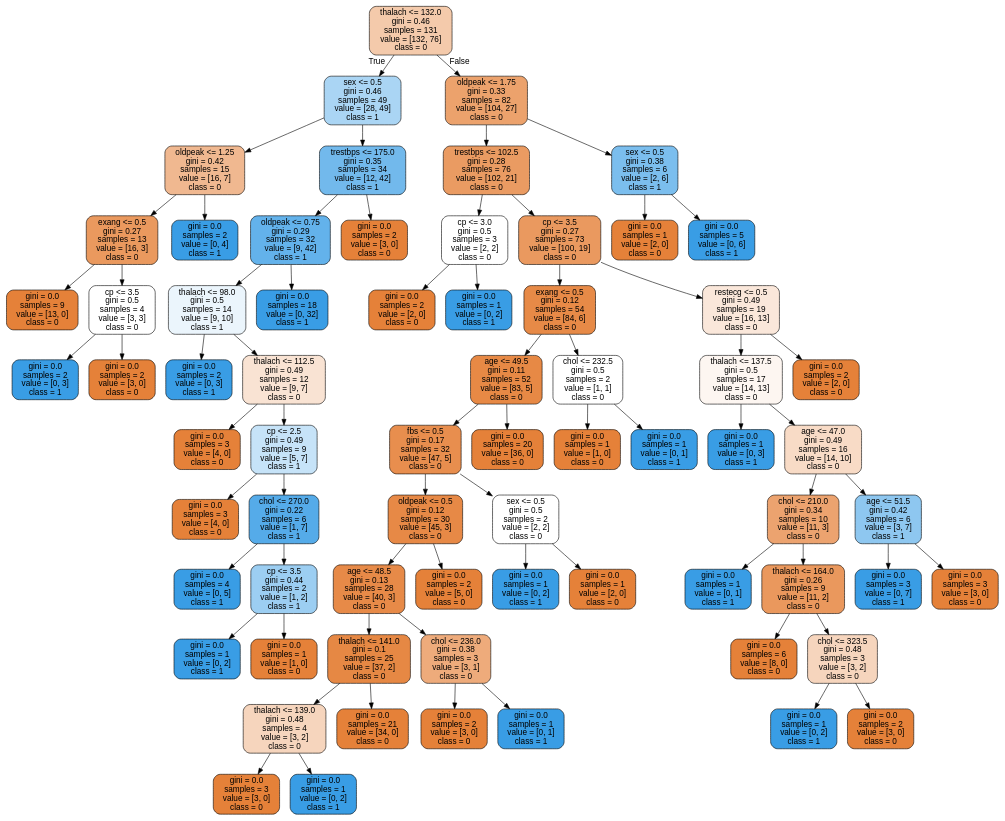
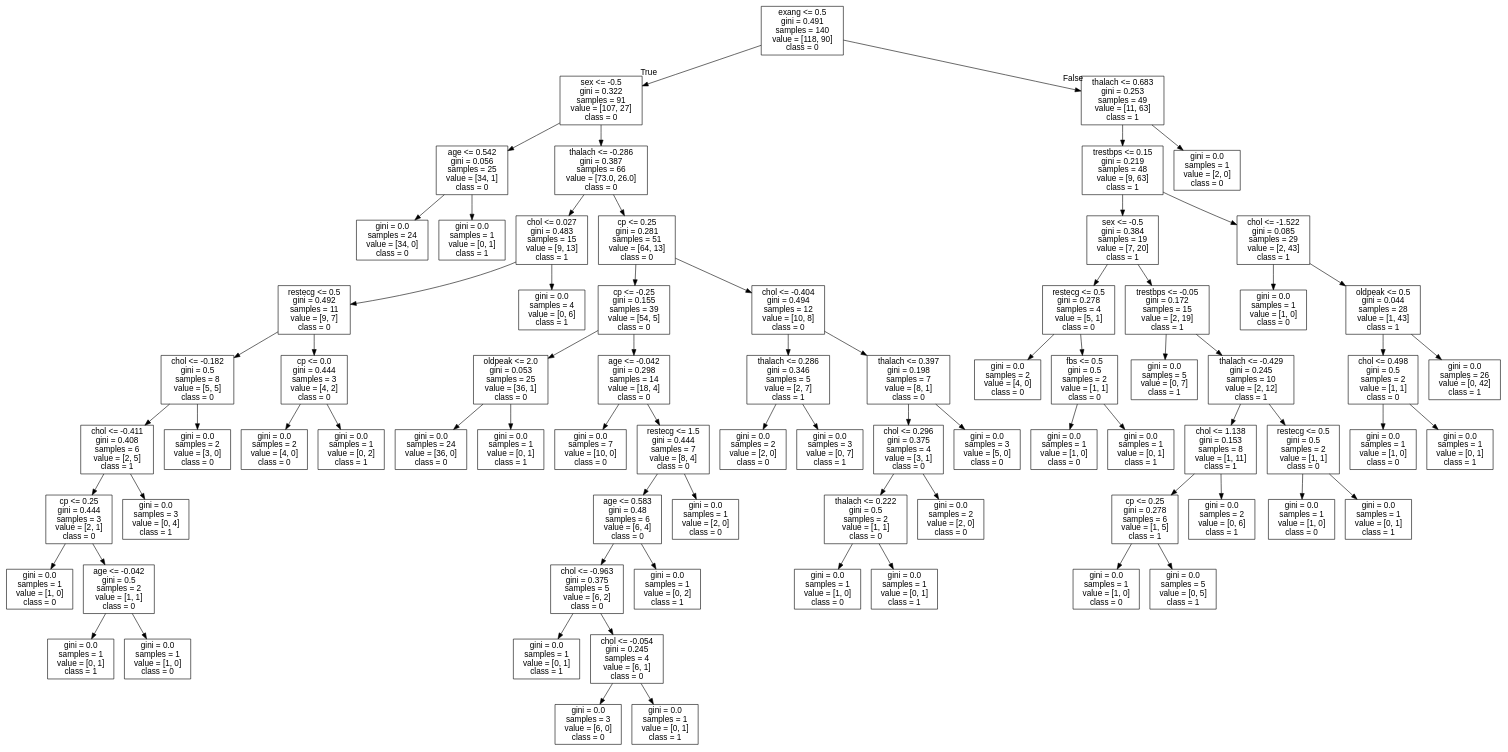
One commit to cyrilvincent/datascience changed the diagram in data/heartdisease/tree.dot. Above: the diagram before and after it, drawn with Graphviz. The commit also changed 3 other files, not shown here.

```diff
--- a/data/heartdisease/tree.dot
+++ b/data/heartdisease/tree.dot
@@ -1,141 +1,153 @@
 digraph Tree {
-node [shape=box, style="filled, rounded", color="black", fontname=helvetica] ;
-edge [fontname=helvetica] ;
-0 [label="thalach <= 132.0\ngini = 0.46\nsamples = 131\nvalue = [132, 76]\nclass = 0", fillcolor="#f4caab"] ;
-1 [label="sex <= 0.5\ngini = 0.46\nsamples = 49\nvalue = [28, 49]\nclass = 1", fillcolor="#aad5f4"] ;
+node [shape=box, fontname="helvetica"] ;
+edge [fontname="helvetica"] ;
+0 [label="exang <= 0.5\ngini = 0.491\nsamples = 140\nvalue = [118, 90]\nclass = 0"] ;
+1 [label="sex <= -0.5\ngini = 0.322\nsamples = 91\nvalue = [107, 27]\nclass = 0"] ;
 0 -> 1 [labeldistance=2.5, labelangle=45, headlabel="True"] ;
-2 [label="oldpeak <= 1.25\ngini = 0.42\nsamples = 15\nvalue = [16, 7]\nclass = 0", fillcolor="#f0b890"] ;
+2 [label="age <= 0.542\ngini = 0.056\nsamples = 25\nvalue = [34, 1]\nclass = 0"] ;
 1 -> 2 ;
-3 [label="exang <= 0.5\ngini = 0.27\nsamples = 13\nvalue = [16, 3]\nclass = 0", fillcolor="#ea995e"] ;
+3 [label="gini = 0.0\nsamples = 24\nvalue = [34, 0]\nclass = 0"] ;
 2 -> 3 ;
-4 [label="gini = 0.0\nsamples = 9\nvalue = [13, 0]\nclass = 0", fillcolor="#e58139"] ;
-3 -> 4 ;
-5 [label="cp <= 3.5\ngini = 0.5\nsamples = 4\nvalue = [3, 3]\nclass = 0", fillcolor="#ffffff"] ;
-3 -> 5 ;
-6 [label="gini = 0.0\nsamples = 2\nvalue = [0, 3]\nclass = 1", fillcolor="#399de5"] ;
+4 [label="gini = 0.0\nsamples = 1\nvalue = [0, 1]\nclass = 1"] ;
+2 -> 4 ;
+5 [label="thalach <= -0.286\ngini = 0.387\nsamples = 66\nvalue = [73.0, 26.0]\nclass = 0"] ;
+1 -> 5 ;
+6 [label="chol <= 0.027\ngini = 0.483\nsamples = 15\nvalue = [9, 13]\nclass = 1"] ;
 5 -> 6 ;
-7 [label="gini = 0.0\nsamples = 2\nvalue = [3, 0]\nclass = 0", fillcolor="#e58139"] ;
-5 -> 7 ;
-8 [label="gini = 0.0\nsamples = 2\nvalue = [0, 4]\nclass = 1", fillcolor="#399de5"] ;
-2 -> 8 ;
-9 [label="trestbps <= 175.0\ngini = 0.35\nsamples = 34\nvalue = [12, 42]\nclass = 1", fillcolor="#72b9ec"] ;
-1 -> 9 ;
-10 [label="oldpeak <= 0.75\ngini = 0.29\nsamples = 32\nvalue = [9, 42]\nclass = 1", fillcolor="#63b2eb"] ;
+7 [label="restecg <= 0.5\ngini = 0.492\nsamples = 11\nvalue = [9, 7]\nclass = 0"] ;
+6 -> 7 ;
+8 [label="chol <= -0.182\ngini = 0.5\nsamples = 8\nvalue = [5, 5]\nclass = 0"] ;
+7 -> 8 ;
+9 [label="chol <= -0.411\ngini = 0.408\nsamples = 6\nvalue = [2, 5]\nclass = 1"] ;
+8 -> 9 ;
+10 [label="cp <= 0.25\ngini = 0.444\nsamples = 3\nvalue = [2, 1]\nclass = 0"] ;
 9 -> 10 ;
-11 [label="thalach <= 98.0\ngini = 0.5\nsamples = 14\nvalue = [9, 10]\nclass = 1", fillcolor="#ebf5fc"] ;
+11 [label="gini = 0.0\nsamples = 1\nvalue = [1, 0]\nclass = 0"] ;
 10 -> 11 ;
-12 [label="gini = 0.0\nsamples = 2\nvalue = [0, 3]\nclass = 1", fillcolor="#399de5"] ;
-11 -> 12 ;
-13 [label="thalach <= 112.5\ngini = 0.49\nsamples = 12\nvalue = [9, 7]\nclass = 0", fillcolor="#f9e3d3"] ;
-11 -> 13 ;
-14 [label="gini = 0.0\nsamples = 3\nvalue = [4, 0]\nclass = 0", fillcolor="#e58139"] ;
-13 -> 14 ;
-15 [label="cp <= 2.5\ngini = 0.49\nsamples = 9\nvalue = [5, 7]\nclass = 1", fillcolor="#c6e3f8"] ;
-13 -> 15 ;
-16 [label="gini = 0.0\nsamples = 3\nvalue = [4, 0]\nclass = 0", fillcolor="#e58139"] ;
-15 -> 16 ;
-17 [label="chol <= 270.0\ngini = 0.22\nsamples = 6\nvalue = [1, 7]\nclass = 1", fillcolor="#55abe9"] ;
-15 -> 17 ;
-18 [label="gini = 0.0\nsamples = 4\nvalue = [0, 5]\nclass = 1", fillcolor="#399de5"] ;
+12 [label="age <= -0.042\ngini = 0.5\nsamples = 2\nvalue = [1, 1]\nclass = 0"] ;
+10 -> 12 ;
+13 [label="gini = 0.0\nsamples = 1\nvalue = [0, 1]\nclass = 1"] ;
+12 -> 13 ;
+14 [label="gini = 0.0\nsamples = 1\nvalue = [1, 0]\nclass = 0"] ;
+12 -> 14 ;
+15 [label="gini = 0.0\nsamples = 3\nvalue = [0, 4]\nclass = 1"] ;
+9 -> 15 ;
+16 [label="gini = 0.0\nsamples = 2\nvalue = [3, 0]\nclass = 0"] ;
+8 -> 16 ;
+17 [label="cp <= 0.0\ngini = 0.444\nsamples = 3\nvalue = [4, 2]\nclass = 0"] ;
+7 -> 17 ;
+18 [label="gini = 0.0\nsamples = 2\nvalue = [4, 0]\nclass = 0"] ;
 17 -> 18 ;
-19 [label="cp <= 3.5\ngini = 0.44\nsamples = 2\nvalue = [1, 2]\nclass = 1", fillcolor="#9ccef2"] ;
+19 [label="gini = 0.0\nsamples = 1\nvalue = [0, 2]\nclass = 1"] ;
 17 -> 19 ;
-20 [label="gini = 0.0\nsamples = 1\nvalue = [0, 2]\nclass = 1", fillcolor="#399de5"] ;
-19 -> 20 ;
-21 [label="gini = 0.0\nsamples = 1\nvalue = [1, 0]\nclass = 0", fillcolor="#e58139"] ;
-19 -> 21 ;
-22 [label="gini = 0.0\nsamples = 18\nvalue = [0, 32]\nclass = 1", fillcolor="#399de5"] ;
-10 -> 22 ;
-23 [label="gini = 0.0\nsamples = 2\nvalue = [3, 0]\nclass = 0", fillcolor="#e58139"] ;
-9 -> 23 ;
-24 [label="oldpeak <= 1.75\ngini = 0.33\nsamples = 82\nvalue = [104, 27]\nclass = 0", fillcolor="#eca26c"] ;
-0 -> 24 [labeldistance=2.5, labelangle=-45, headlabel="False"] ;
-25 [label="trestbps <= 102.5\ngini = 0.28\nsamples = 76\nvalue = [102, 21]\nclass = 0", fillcolor="#ea9b62"] ;
-24 -> 25 ;
-26 [label="cp <= 3.0\ngini = 0.5\nsamples = 3\nvalue = [2, 2]\nclass = 0", fillcolor="#ffffff"] ;
-25 -> 26 ;
-27 [label="gini = 0.0\nsamples = 2\nvalue = [2, 0]\nclass = 0", fillcolor="#e58139"] ;
+20 [label="gini = 0.0\nsamples = 4\nvalue = [0, 6]\nclass = 1"] ;
+6 -> 20 ;
+21 [label="cp <= 0.25\ngini = 0.281\nsamples = 51\nvalue = [64, 13]\nclass = 0"] ;
+5 -> 21 ;
+22 [label="cp <= -0.25\ngini = 0.155\nsamples = 39\nvalue = [54, 5]\nclass = 0"] ;
+21 -> 22 ;
+23 [label="oldpeak <= 2.0\ngini = 0.053\nsamples = 25\nvalue = [36, 1]\nclass = 0"] ;
+22 -> 23 ;
+24 [label="gini = 0.0\nsamples = 24\nvalue = [36, 0]\nclass = 0"] ;
+23 -> 24 ;
+25 [label="gini = 0.0\nsamples = 1\nvalue = [0, 1]\nclass = 1"] ;
+23 -> 25 ;
+26 [label="age <= -0.042\ngini = 0.298\nsamples = 14\nvalue = [18, 4]\nclass = 0"] ;
+22 -> 26 ;
+27 [label="gini = 0.0\nsamples = 7\nvalue = [10, 0]\nclass = 0"] ;
 26 -> 27 ;
-28 [label="gini = 0.0\nsamples = 1\nvalue = [0, 2]\nclass = 1", fillcolor="#399de5"] ;
+28 [label="restecg <= 1.5\ngini = 0.444\nsamples = 7\nvalue = [8, 4]\nclass = 0"] ;
 26 -> 28 ;
-29 [label="cp <= 3.5\ngini = 0.27\nsamples = 73\nvalue = [100, 19]\nclass = 0", fillcolor="#ea995f"] ;
-25 -> 29 ;
-30 [label="exang <= 0.5\ngini = 0.12\nsamples = 54\nvalue = [84, 6]\nclass = 0", fillcolor="#e78a47"] ;
+29 [label="age <= 0.583\ngini = 0.48\nsamples = 6\nvalue = [6, 4]\nclass = 0"] ;
+28 -> 29 ;
+30 [label="chol <= -0.963\ngini = 0.375\nsamples = 5\nvalue = [6, 2]\nclass = 0"] ;
 29 -> 30 ;
-31 [label="age <= 49.5\ngini = 0.11\nsamples = 52\nvalue = [83, 5]\nclass = 0", fillcolor="#e78945"] ;
+31 [label="gini = 0.0\nsamples = 1\nvalue = [0, 1]\nclass = 1"] ;
 30 -> 31 ;
-32 [label="fbs <= 0.5\ngini = 0.17\nsamples = 32\nvalue = [47, 5]\nclass = 0", fillcolor="#e88e4e"] ;
-31 -> 32 ;
-33 [label="oldpeak <= 0.5\ngini = 0.12\nsamples = 30\nvalue = [45, 3]\nclass = 0", fillcolor="#e78946"] ;
+32 [label="chol <= -0.054\ngini = 0.245\nsamples = 4\nvalue = [6, 1]\nclass = 0"] ;
+30 -> 32 ;
+33 [label="gini = 0.0\nsamples = 3\nvalue = [6, 0]\nclass = 0"] ;
 32 -> 33 ;
-34 [label="age <= 48.5\ngini = 0.13\nsamples = 28\nvalue = [40, 3]\nclass = 0", fillcolor="#e78a48"] ;
-33 -> 34 ;
-35 [label="thalach <= 141.0\ngini = 0.1\nsamples = 25\nvalue = [37, 2]\nclass = 0", fillcolor="#e68844"] ;
-34 -> 35 ;
-36 [label="thalach <= 139.0\ngini = 0.48\nsamples = 4\nvalue = [3, 2]\nclass = 0", fillcolor="#f6d5bd"] ;
-35 -> 36 ;
-37 [label="gini = 0.0\nsamples = 3\nvalue = [3, 0]\nclass = 0", fillcolor="#e58139"] ;
-36 -> 37 ;
-38 [label="gini = 0.0\nsamples = 1\nvalue = [0, 2]\nclass = 1", fillcolor="#399de5"] ;
-36 -> 38 ;
-39 [label="gini = 0.0\nsamples = 21\nvalue = [34, 0]\nclass = 0", fillcolor="#e58139"] ;
-35 -> 39 ;
-40 [label="chol <= 236.0\ngini = 0.38\nsamples = 3\nvalue = [3, 1]\nclass = 0", fillcolor="#eeab7b"] ;
-34 -> 40 ;
-41 [label="gini = 0.0\nsamples = 2\nvalue = [3, 0]\nclass = 0", fillcolor="#e58139"] ;
-40 -> 41 ;
-42 [label="gini = 0.0\nsamples = 1\nvalue = [0, 1]\nclass = 1", fillcolor="#399de5"] ;
-40 -> 42 ;
-43 [label="gini = 0.0\nsamples = 2\nvalue = [5, 0]\nclass = 0", fillcolor="#e58139"] ;
-33 -> 43 ;
-44 [label="sex <= 0.5\ngini = 0.5\nsamples = 2\nvalue = [2, 2]\nclass = 0", fillcolor="#ffffff"] ;
-32 -> 44 ;
-45 [label="gini = 0.0\nsamples = 1\nvalue = [0, 2]\nclass = 1", fillcolor="#399de5"] ;
-44 -> 45 ;
-46 [label="gini = 0.0\nsamples = 1\nvalue = [2, 0]\nclass = 0", fillcolor="#e58139"] ;
-44 -> 46 ;
-47 [label="gini = 0.0\nsamples = 20\nvalue = [36, 0]\nclass = 0", fillcolor="#e58139"] ;
-31 -> 47 ;
-48 [label="chol <= 232.5\ngini = 0.5\nsamples = 2\nvalue = [1, 1]\nclass = 0", fillcolor="#ffffff"] ;
-30 -> 48 ;
-49 [label="gini = 0.0\nsamples = 1\nvalue = [1, 0]\nclass = 0", fillcolor="#e58139"] ;
+34 [label="gini = 0.0\nsamples = 1\nvalue = [0, 1]\nclass = 1"] ;
+32 -> 34 ;
+35 [label="gini = 0.0\nsamples = 1\nvalue = [0, 2]\nclass = 1"] ;
+29 -> 35 ;
+36 [label="gini = 0.0\nsamples = 1\nvalue = [2, 0]\nclass = 0"] ;
+28 -> 36 ;
+37 [label="chol <= -0.404\ngini = 0.494\nsamples = 12\nvalue = [10, 8]\nclass = 0"] ;
+21 -> 37 ;
+38 [label="thalach <= 0.286\ngini = 0.346\nsamples = 5\nvalue = [2, 7]\nclass = 1"] ;
+37 -> 38 ;
+39 [label="gini = 0.0\nsamples = 2\nvalue = [2, 0]\nclass = 0"] ;
+38 -> 39 ;
+40 [label="gini = 0.0\nsamples = 3\nvalue = [0, 7]\nclass = 1"] ;
+38 -> 40 ;
+41 [label="thalach <= 0.397\ngini = 0.198\nsamples = 7\nvalue = [8, 1]\nclass = 0"] ;
+37 -> 41 ;
+42 [label="chol <= 0.296\ngini = 0.375\nsamples = 4\nvalue = [3, 1]\nclass = 0"] ;
+41 -> 42 ;
+43 [label="thalach <= 0.222\ngini = 0.5\nsamples = 2\nvalue = [1, 1]\nclass = 0"] ;
+42 -> 43 ;
+44 [label="gini = 0.0\nsamples = 1\nvalue = [1, 0]\nclass = 0"] ;
+43 -> 44 ;
+45 [label="gini = 0.0\nsamples = 1\nvalue = [0, 1]\nclass = 1"] ;
+43 -> 45 ;
+46 [label="gini = 0.0\nsamples = 2\nvalue = [2, 0]\nclass = 0"] ;
+42 -> 46 ;
+47 [label="gini = 0.0\nsamples = 3\nvalue = [5, 0]\nclass = 0"] ;
+41 -> 47 ;
+48 [label="thalach <= 0.683\ngini = 0.253\nsamples = 49\nvalue = [11, 63]\nclass = 1"] ;
+0 -> 48 [labeldistance=2.5, labelangle=-45, headlabel="False"] ;
+49 [label="trestbps <= 0.15\ngini = 0.219\nsamples = 48\nvalue = [9, 63]\nclass = 1"] ;
 48 -> 49 ;
-50 [label="gini = 0.0\nsamples = 1\nvalue = [0, 1]\nclass = 1", fillcolor="#399de5"] ;
-48 -> 50 ;
-51 [label="restecg <= 0.5\ngini = 0.49\nsamples = 19\nvalue = [16, 13]\nclass = 0", fillcolor="#fae7da"] ;
-29 -> 51 ;
-52 [label="thalach <= 137.5\ngini = 0.5\nsamples = 17\nvalue = [14, 13]\nclass = 0", fillcolor="#fdf6f1"] ;
+50 [label="sex <= -0.5\ngini = 0.384\nsamples = 19\nvalue = [7, 20]\nclass = 1"] ;
+49 -> 50 ;
+51 [label="restecg <= 0.5\ngini = 0.278\nsamples = 4\nvalue = [5, 1]\nclass = 0"] ;
+50 -> 51 ;
+52 [label="gini = 0.0\nsamples = 2\nvalue = [4, 0]\nclass = 0"] ;
 51 -> 52 ;
-53 [label="gini = 0.0\nsamples = 1\nvalue = [0, 3]\nclass = 1", fillcolor="#399de5"] ;
-52 -> 53 ;
-54 [label="age <= 47.0\ngini = 0.49\nsamples = 16\nvalue = [14, 10]\nclass = 0", fillcolor="#f8dbc6"] ;
-52 -> 54 ;
-55 [label="chol <= 210.0\ngini = 0.34\nsamples = 10\nvalue = [11, 3]\nclass = 0", fillcolor="#eca36f"] ;
-54 -> 55 ;
-56 [label="gini = 0.0\nsamples = 1\nvalue = [0, 1]\nclass = 1", fillcolor="#399de5"] ;
-55 -> 56 ;
-57 [label="thalach <= 164.0\ngini = 0.26\nsamples = 9\nvalue = [11, 2]\nclass = 0", fillcolor="#ea985d"] ;
-55 -> 57 ;
-58 [label="gini = 0.0\nsamples = 6\nvalue = [8, 0]\nclass = 0", fillcolor="#e58139"] ;
-57 -> 58 ;
-59 [label="chol <= 323.5\ngini = 0.48\nsamples = 3\nvalue = [3, 2]\nclass = 0", fillcolor="#f6d5bd"] ;
-57 -> 59 ;
-60 [label="gini = 0.0\nsamples = 1\nvalue = [0, 2]\nclass = 1", fillcolor="#399de5"] ;
+53 [label="fbs <= 0.5\ngini = 0.5\nsamples = 2\nvalue = [1, 1]\nclass = 0"] ;
+51 -> 53 ;
+54 [label="gini = 0.0\nsamples = 1\nvalue = [1, 0]\nclass = 0"] ;
+53 -> 54 ;
+55 [label="gini = 0.0\nsamples = 1\nvalue = [0, 1]\nclass = 1"] ;
+53 -> 55 ;
+56 [label="trestbps <= -0.05\ngini = 0.172\nsamples = 15\nvalue = [2, 19]\nclass = 1"] ;
+50 -> 56 ;
+57 [label="gini = 0.0\nsamples = 5\nvalue = [0, 7]\nclass = 1"] ;
+56 -> 57 ;
+58 [label="thalach <= -0.429\ngini = 0.245\nsamples = 10\nvalue = [2, 12]\nclass = 1"] ;
+56 -> 58 ;
+59 [label="chol <= 1.138\ngini = 0.153\nsamples = 8\nvalue = [1, 11]\nclass = 1"] ;
+58 -> 59 ;
+60 [label="cp <= 0.25\ngini = 0.278\nsamples = 6\nvalue = [1, 5]\nclass = 1"] ;
 59 -> 60 ;
-61 [label="gini = 0.0\nsamples = 2\nvalue = [3, 0]\nclass = 0", fillcolor="#e58139"] ;
-59 -> 61 ;
-62 [label="age <= 51.5\ngini = 0.42\nsamples = 6\nvalue = [3, 7]\nclass = 1", fillcolor="#8ec7f0"] ;
-54 -> 62 ;
-63 [label="gini = 0.0\nsamples = 3\nvalue = [0, 7]\nclass = 1", fillcolor="#399de5"] ;
-62 -> 63 ;
-64 [label="gini = 0.0\nsamples = 3\nvalue = [3, 0]\nclass = 0", fillcolor="#e58139"] ;
-62 -> 64 ;
-65 [label="gini = 0.0\nsamples = 2\nvalue = [2, 0]\nclass = 0", fillcolor="#e58139"] ;
-51 -> 65 ;
-66 [label="sex <= 0.5\ngini = 0.38\nsamples = 6\nvalue = [2, 6]\nclass = 1", fillcolor="#7bbeee"] ;
-24 -> 66 ;
-67 [label="gini = 0.0\nsamples = 1\nvalue = [2, 0]\nclass = 0", fillcolor="#e58139"] ;
-66 -> 67 ;
-68 [label="gini = 0.0\nsamples = 5\nvalue = [0, 6]\nclass = 1", fillcolor="#399de5"] ;
-66 -> 68 ;
+61 [label="gini = 0.0\nsamples = 1\nvalue = [1, 0]\nclass = 0"] ;
+60 -> 61 ;
+62 [label="gini = 0.0\nsamples = 5\nvalue = [0, 5]\nclass = 1"] ;
+60 -> 62 ;
+63 [label="gini = 0.0\nsamples = 2\nvalue = [0, 6]\nclass = 1"] ;
+59 -> 63 ;
+64 [label="restecg <= 0.5\ngini = 0.5\nsamples = 2\nvalue = [1, 1]\nclass = 0"] ;
+58 -> 64 ;
+65 [label="gini = 0.0\nsamples = 1\nvalue = [1, 0]\nclass = 0"] ;
+64 -> 65 ;
+66 [label="gini = 0.0\nsamples = 1\nvalue = [0, 1]\nclass = 1"] ;
+64 -> 66 ;
+67 [label="chol <= -1.522\ngini = 0.085\nsamples = 29\nvalue = [2, 43]\nclass = 1"] ;
+49 -> 67 ;
+68 [label="gini = 0.0\nsamples = 1\nvalue = [1, 0]\nclass = 0"] ;
+67 -> 68 ;
+69 [label="oldpeak <= 0.5\ngini = 0.044\nsamples = 28\nvalue = [1, 43]\nclass = 1"] ;
+67 -> 69 ;
+70 [label="chol <= 0.498\ngini = 0.5\nsamples = 2\nvalue = [1, 1]\nclass = 0"] ;
+69 -> 70 ;
+71 [label="gini = 0.0\nsamples = 1\nvalue = [1, 0]\nclass = 0"] ;
+70 -> 71 ;
+72 [label="gini = 0.0\nsamples = 1\nvalue = [0, 1]\nclass = 1"] ;
+70 -> 72 ;
+73 [label="gini = 0.0\nsamples = 26\nvalue = [0, 42]\nclass = 1"] ;
+69 -> 73 ;
+74 [label="gini = 0.0\nsamples = 1\nvalue = [2, 0]\nclass = 0"] ;
+48 -> 74 ;
 }
```
